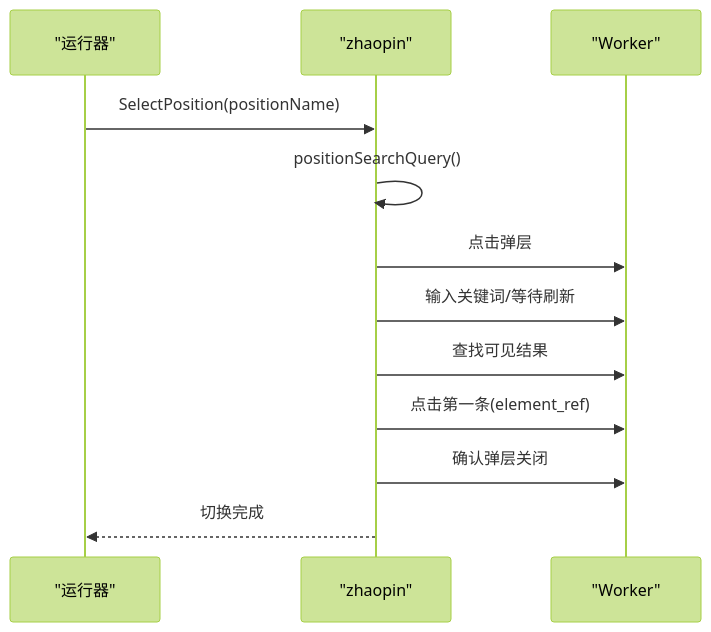
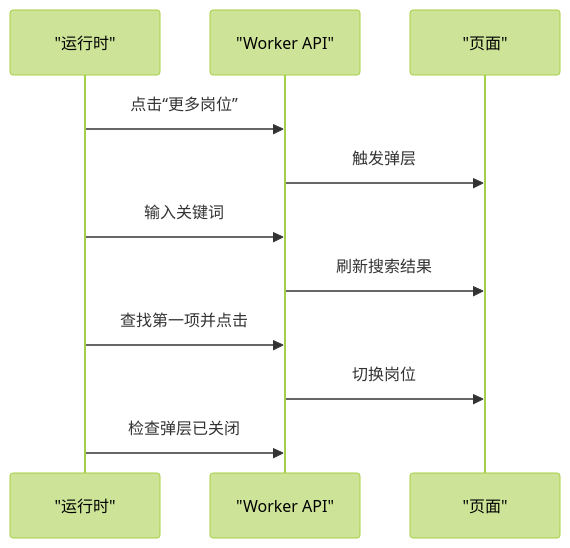
Before and after one commit to alvinwangzi/goodhr: the fifth of 10 diagrams in .qoder/repowiki/zh/content/系统架构/本地Agent架构/平台适配器系统/前程无忧适配器.md, drawn with Mermaid (forest theme). The commit also changed other lines of this file and 149 other files, not shown here.

````diff
--- a/.qoder/repowiki/zh/content/系统架构/本地Agent架构/平台适配器系统/前程无忧适配器.md
+++ b/.qoder/repowiki/zh/content/系统架构/本地Agent架构/平台适配器系统/前程无忧适配器.md
@@ -180,14 +185,13 @@
 ```mermaid
 sequenceDiagram
-participant R as "运行器"
-participant Z as "zhaopin"
-participant W as "Worker"
-R->>Z : SelectPosition(positionName)
-Z->>Z : positionSearchQuery()
-Z->>W : 点击弹层
-Z->>W : 输入关键词/等待刷新
-Z->>W : 查找可见结果
-Z->>W : 点击第一条(element_ref)
-Z->>W : 确认弹层关闭
-Z-->>R : 切换完成
+participant R as "运行时"
+participant W as "Worker API"
+participant P as "页面"
+R->>W : 点击“更多岗位”
+W->>P : 触发弹层
+R->>W : 输入关键词
+W->>P : 刷新搜索结果
+R->>W : 查找第一项并点击
+W->>P : 切换岗位
+R->>W : 检查弹层已关闭
 ```
````
